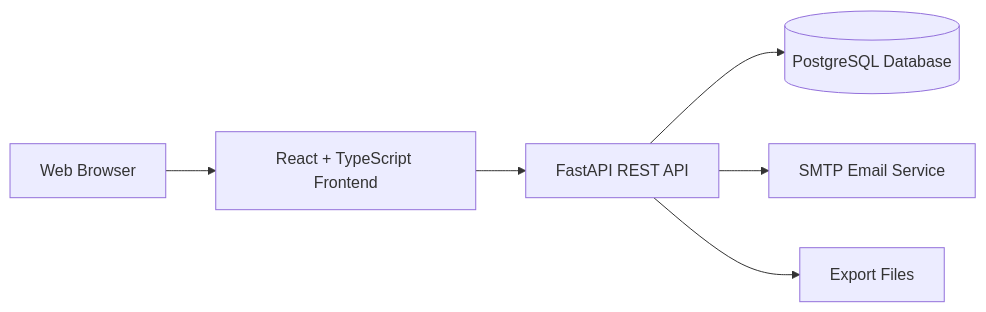
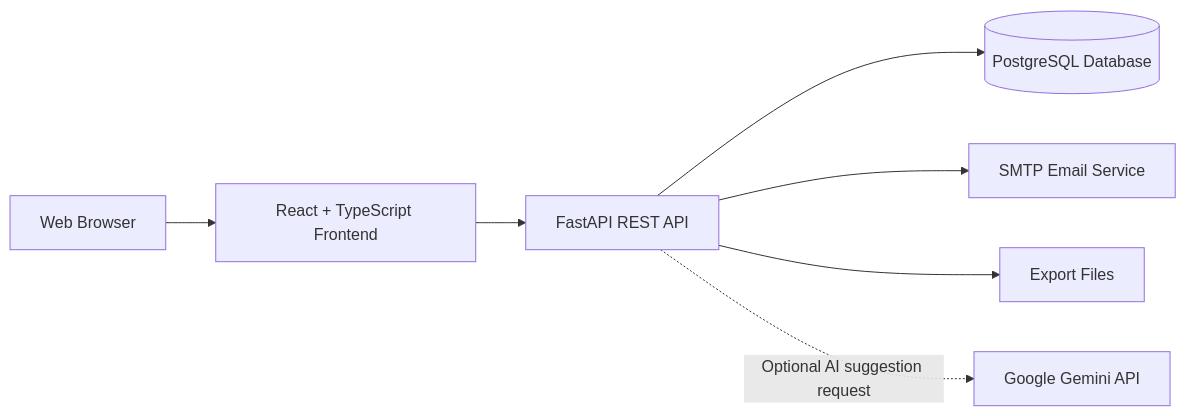
The first of 3 diagrams in THESIS_DRAFT.md (NghiemGiaHuy/TEXTLABEL_PLATFORM), drawn with Mermaid before and after one commit. The commit also changed other lines of this file and 16 other files, not shown here.

````diff
--- a/THESIS_DRAFT.md
+++ b/THESIS_DRAFT.md
@@ -386,8 +426,9 @@
 ```mermaid
 flowchart LR
     Browser[Web Browser] --> Frontend[React + TypeScript Frontend]
     Frontend --> API[FastAPI REST API]
     API --> DB[(PostgreSQL Database)]
     API --> Mail[SMTP Email Service]
     API --> Files[Export Files]
+    API -. Optional AI suggestion request .-> Gemini[Google Gemini API]
 ```
````
